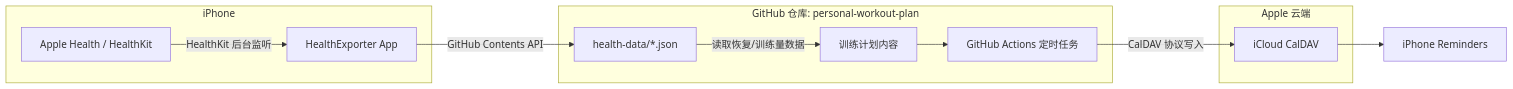
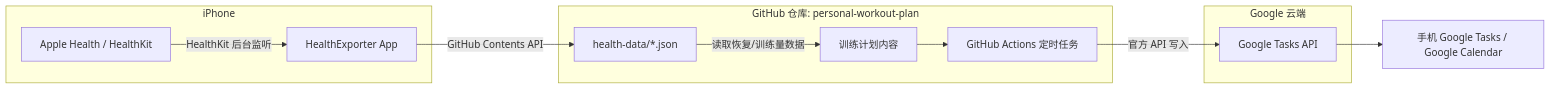
One commit to ChloeA27/personal-workout-plan changed the diagram in docs/ARCHITECTURE.md. Above: the diagram before and after it, drawn with Mermaid. The commit also changed other lines of this file and 3 other files, not shown here.

First line of the commit message:
Remove abandoned iCloud CalDAV reminders code, document the pivot

````diff
--- a/docs/ARCHITECTURE.md
+++ b/docs/ARCHITECTURE.md
@@ -5,23 +5,23 @@
 ```mermaid
 flowchart LR
     subgraph Phone [iPhone]
         HK[Apple Health / HealthKit]
         App[HealthExporter App]
     end
     subgraph Repo [GitHub 仓库: personal-workout-plan]
         Data[health-data/*.json]
         Plan[训练计划内容]
         Workflow[GitHub Actions 定时任务]
     end
-    subgraph Cloud [Apple 云端]
-        CalDAV[iCloud CalDAV]
+    subgraph Cloud [Google 云端]
+        GTasks[Google Tasks API]
     end
-    Reminders[iPhone Reminders]
+    GTApp[手机 Google Tasks / Google Calendar]
 
     HK -->|HealthKit 后台监听| App
     App -->|GitHub Contents API| Data
     Data -->|读取恢复/训练量数据| Plan
     Plan --> Workflow
-    Workflow -->|CalDAV 协议写入| CalDAV
-    CalDAV --> Reminders
+    Workflow -->|官方 API 写入| GTasks
+    GTasks --> GTApp
 ```
````
